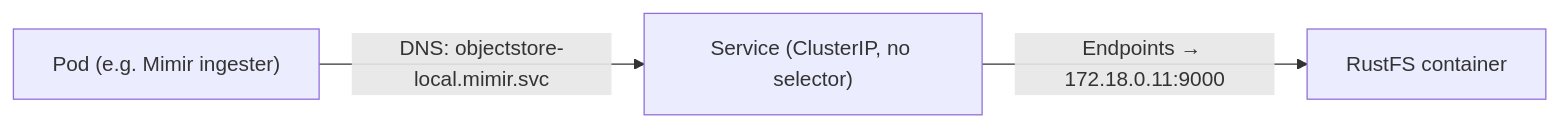
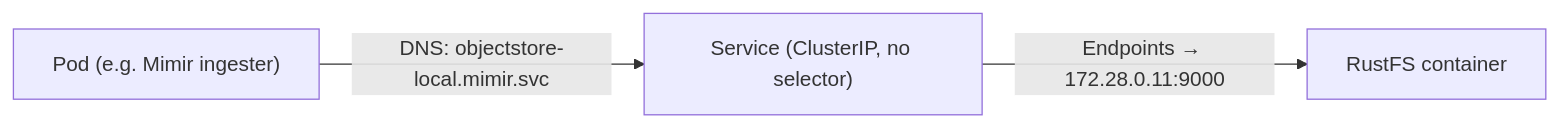
One commit to rmlandvreugd/cnpg-playground changed the second of 5 diagrams in docs/detailed-architecture.md. Above: the diagram before and after it, drawn with Mermaid. The commit also changed other lines of this file and 34 other files, not shown here.

````diff
--- a/docs/detailed-architecture.md
+++ b/docs/detailed-architecture.md
@@ -244,5 +244,5 @@
 ```mermaid
 flowchart LR
     Pod["Pod (e.g. Mimir ingester)"] -->|"DNS: objectstore-local.mimir.svc"| Svc["Service (ClusterIP, no selector)"]
-    Svc -->|"Endpoints → 172.18.0.11:9000"| RustFS["RustFS container"]
+    Svc -->|"Endpoints → 172.28.0.11:9000"| RustFS["RustFS container"]
 ```
````
